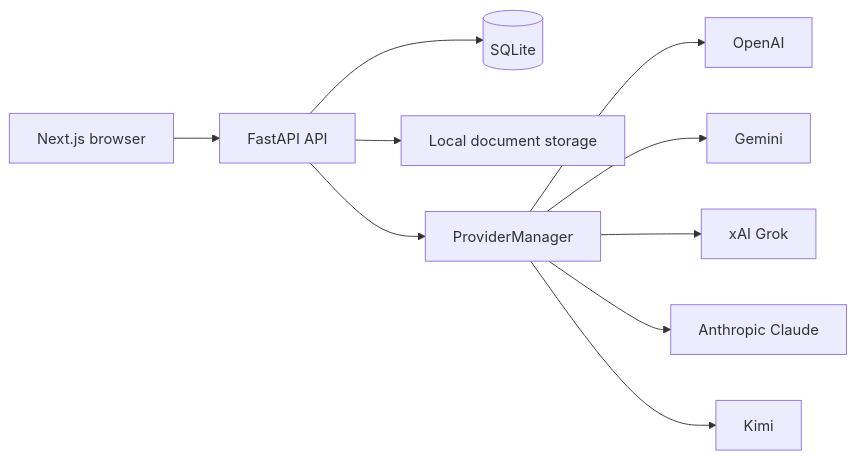
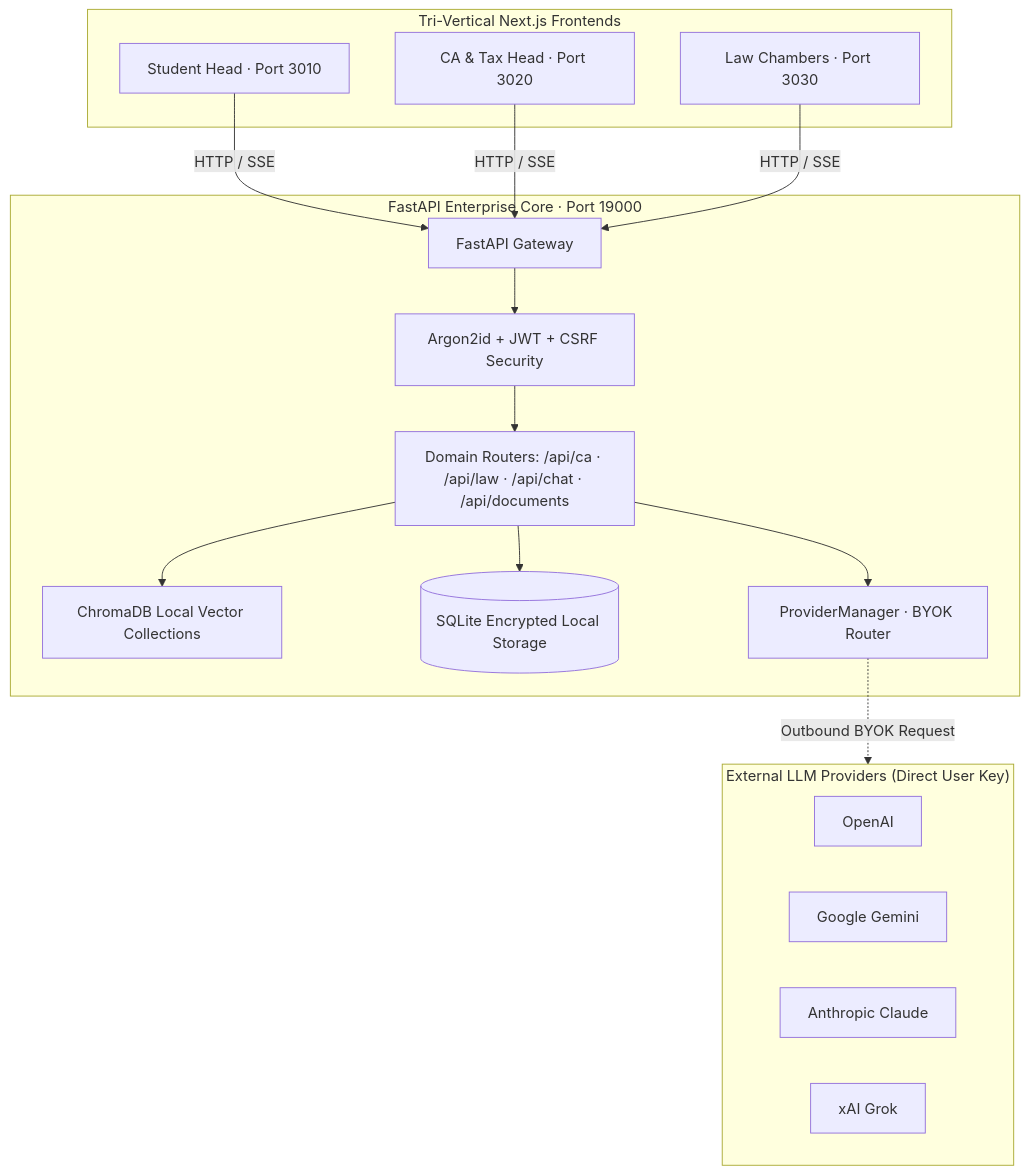
Before and after one commit to rajditya2411-stack/LOOPBACK: the diagram in README.md, drawn with Mermaid. The commit also changed other lines of this file and 17 other files, not shown here.

````diff
--- a/README.md
+++ b/README.md
@@ -41,12 +75,34 @@
 ```mermaid
-flowchart LR
-  Browser[Next.js browser] --> API[FastAPI API]
-  API --> SQLite[(SQLite)]
-  API --> Documents[Local document storage]
-  API --> Manager[ProviderManager]
-  Manager --> OpenAI[OpenAI]
-  Manager --> Gemini[Gemini]
-  Manager --> Grok[xAI Grok]
-  Manager --> Claude[Anthropic Claude]
-  Manager --> Kimi[Kimi]
+flowchart TD
+    subgraph Clients["Tri-Vertical Next.js Frontends"]
+        S[Student Head · Port 3010]
+        CA[CA & Tax Head · Port 3020]
+        LAW[Law Chambers · Port 3030]
+    end
+
+    subgraph Backend["FastAPI Enterprise Core · Port 19000"]
+        API[FastAPI Gateway]
+        AUTH[Argon2id + JWT + CSRF Security]
+        ROUTERS[Domain Routers: /api/ca · /api/law · /api/chat · /api/documents]
+        RAG[ChromaDB Local Vector Collections]
+        SQL[(SQLite Encrypted Local Storage)]
+        PM[ProviderManager · BYOK Router]
+    end
+
+    subgraph Providers["External LLM Providers (Direct User Key)"]
+        OAI[OpenAI]
+        GEM[Google Gemini]
+        CLD[Anthropic Claude]
+        GRK[xAI Grok]
+    end
+
+    S -->|HTTP / SSE| API
+    CA -->|HTTP / SSE| API
+    LAW -->|HTTP / SSE| API
+    API --> AUTH
+    AUTH --> ROUTERS
+    ROUTERS --> SQL
+    ROUTERS --> RAG
+    ROUTERS --> PM
+    PM -.->|Outbound BYOK Request| Providers
 ```
````
